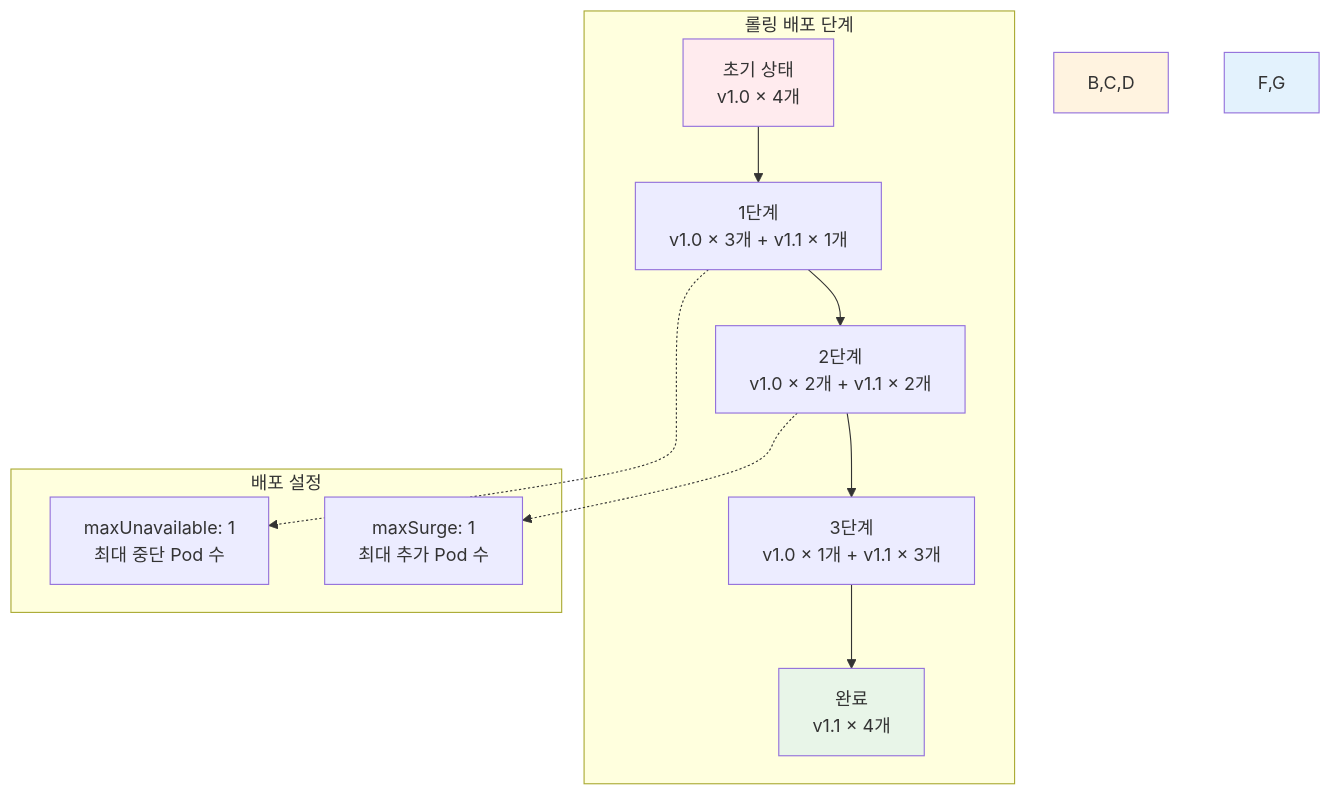
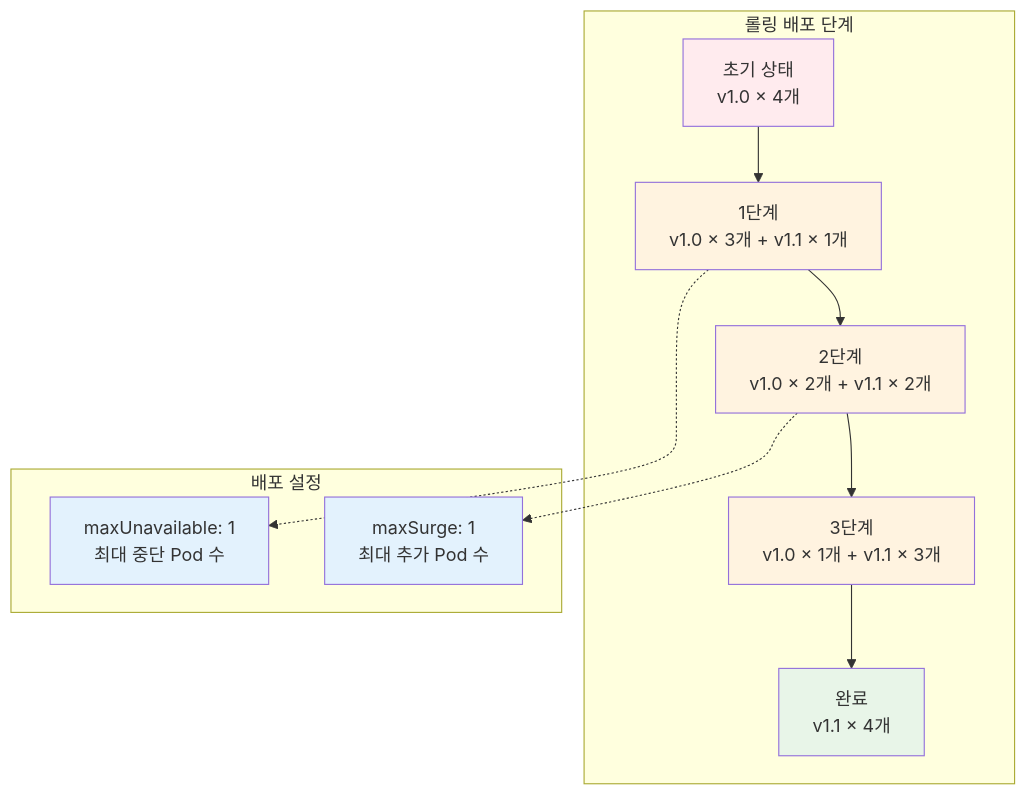
The eighth of 10 diagrams in theory/week_04/day4/session_2.md (niceguy61/kdt_devops_lecture_2025), drawn with Mermaid before and after one commit. The commit also changed other lines of this file and 2 other files, not shown here.

Commit message:
mermaid style change

````diff
--- a/theory/week_04/day4/session_2.md
+++ b/theory/week_04/day4/session_2.md
@@ -387,22 +396,25 @@
 ```mermaid
 graph TB
     subgraph "롤링 배포 단계"
         A[초기 상태<br/>v1.0 × 4개] --> B[1단계<br/>v1.0 × 3개 + v1.1 × 1개]
         B --> C[2단계<br/>v1.0 × 2개 + v1.1 × 2개]
         C --> D[3단계<br/>v1.0 × 1개 + v1.1 × 3개]
         D --> E[완료<br/>v1.1 × 4개]
     end
     
     subgraph "배포 설정"
         F[maxUnavailable: 1<br/>최대 중단 Pod 수]
         G[maxSurge: 1<br/>최대 추가 Pod 수]
     end
     
     B -.-> F
     C -.-> G
     
     style A fill:#ffebee
-    style B,C,D fill:#fff3e0
+    style B fill:#fff3e0
+    style C fill:#fff3e0
+    style D fill:#fff3e0
     style E fill:#e8f5e8
-    style F,G fill:#e3f2fd
+    style F fill:#e3f2fd
+    style G fill:#e3f2fd
 ```
````
